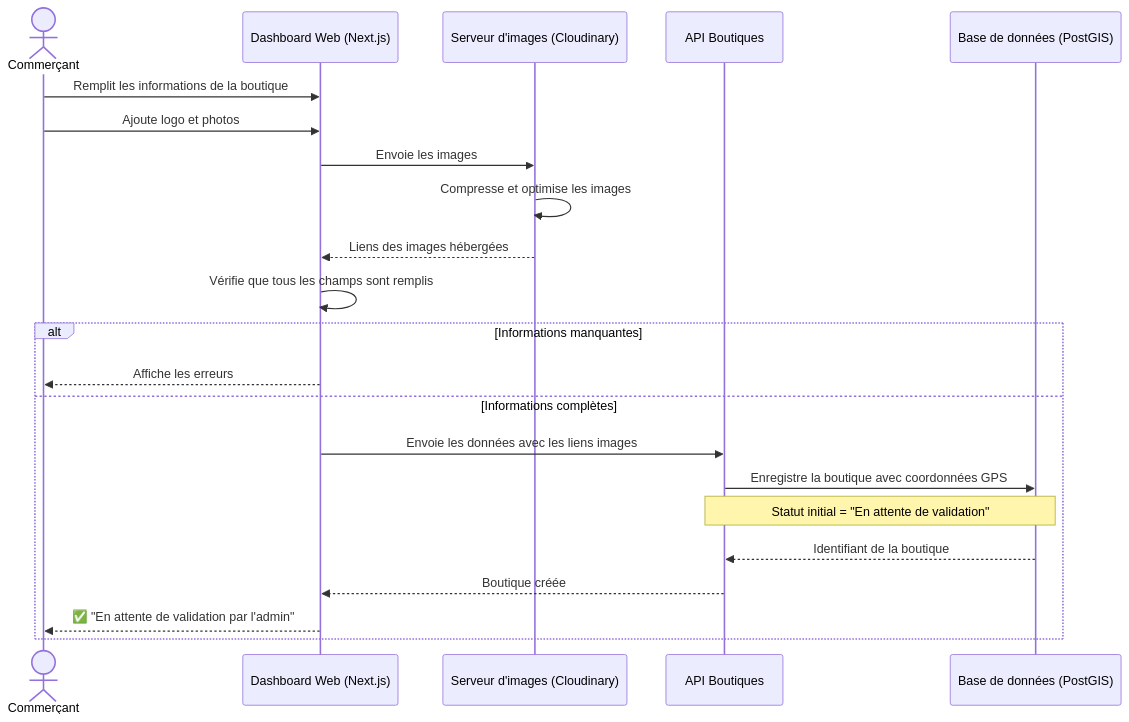
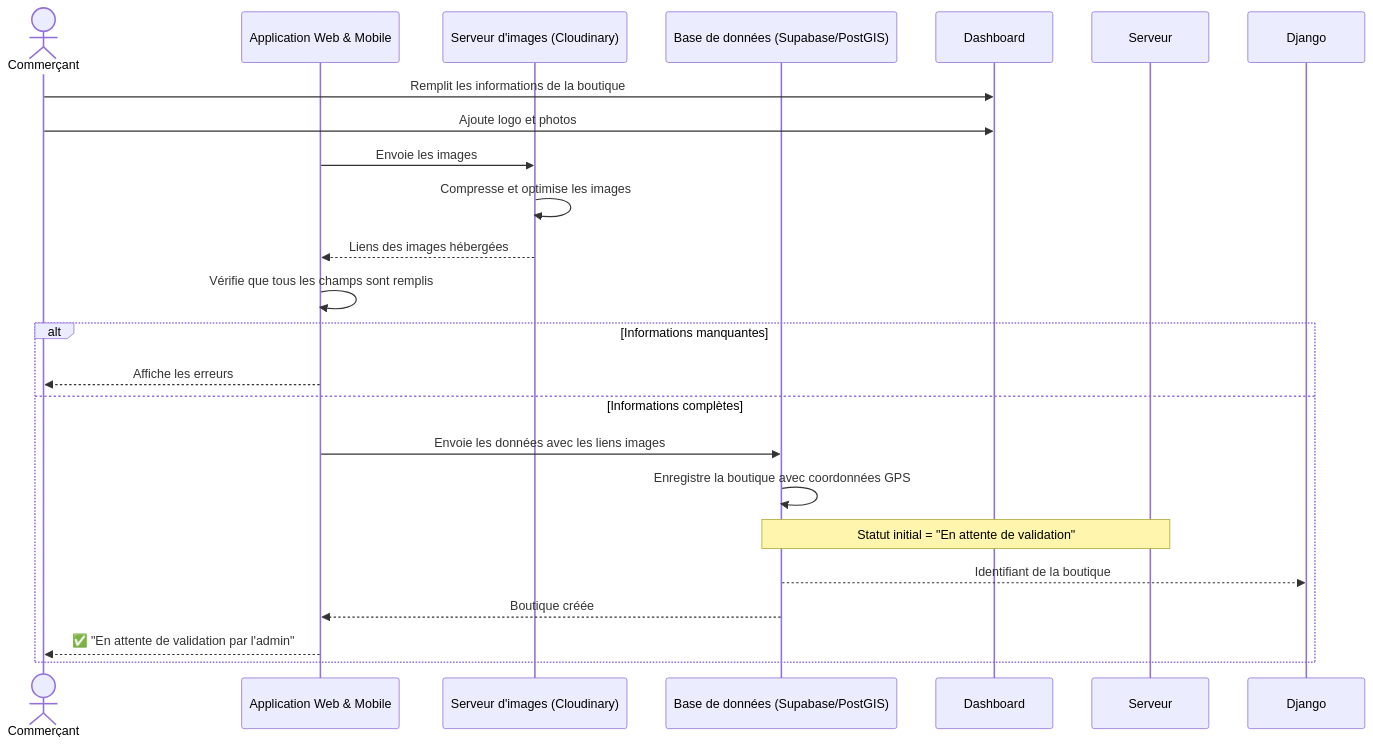
Before and after one commit to Abderrahmen1111/private-PFE-repos: the sixth of 34 diagrams in SEQUENCE_DIAGRAMS_WORD_FORMAT_OPTIMIZED.md, drawn with Mermaid. The commit also changed other lines of this file and 2 other files, not shown here.

Commit message:
docs: adapt sequence diagrams to Web/Mobile apps and Django SaaS Admin

````diff
--- a/SEQUENCE_DIAGRAMS_WORD_FORMAT_OPTIMIZED.md
+++ b/SEQUENCE_DIAGRAMS_WORD_FORMAT_OPTIMIZED.md
@@ -179,25 +179,24 @@
 ```mermaid
 sequenceDiagram
     actor Commerçant
-    participant Dashboard as Dashboard Web (Next.js)
+    participant App as Application Web & Mobile
     participant Cloudinary as Serveur d'images (Cloudinary)
-    participant Serveur as API Boutiques
-    participant BD as Base de données (PostGIS)
+    participant BD as Base de données (Supabase/PostGIS)
 
     Commerçant->>Dashboard: Remplit les informations de la boutique
     Commerçant->>Dashboard: Ajoute logo et photos
-    Dashboard->>Cloudinary: Envoie les images
+    App->>Cloudinary: Envoie les images
     Cloudinary->>Cloudinary: Compresse et optimise les images
-    Cloudinary-->>Dashboard: Liens des images hébergées
-    Dashboard->>Dashboard: Vérifie que tous les champs sont remplis
+    Cloudinary-->>App: Liens des images hébergées
+    App->>App: Vérifie que tous les champs sont remplis
     alt Informations manquantes
-        Dashboard-->>Commerçant: Affiche les erreurs
+        App-->>Commerçant: Affiche les erreurs
     else Informations complètes
-        Dashboard->>Serveur: Envoie les données avec les liens images
-        Serveur->>BD: Enregistre la boutique avec coordonnées GPS
+        App->>BD: Envoie les données avec les liens images
+        BD->>BD: Enregistre la boutique avec coordonnées GPS
         Note over Serveur,BD: Statut initial = "En attente de validation"
-        BD-->>Serveur: Identifiant de la boutique
-        Serveur-->>Dashboard: Boutique créée
-        Dashboard-->>Commerçant: ✅ "En attente de validation par l'admin"
+        BD-->>Django: Identifiant de la boutique
+        BD-->>App: Boutique créée
+        App-->>Commerçant: ✅ "En attente de validation par l'admin"
     end
 ```
````
